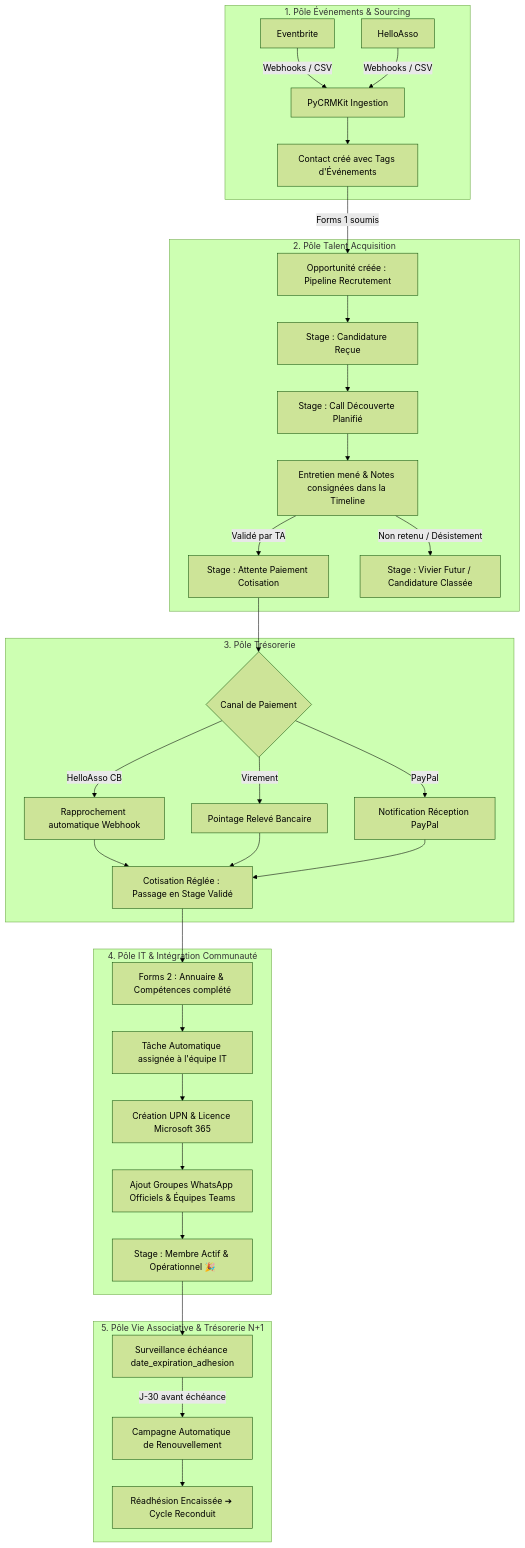
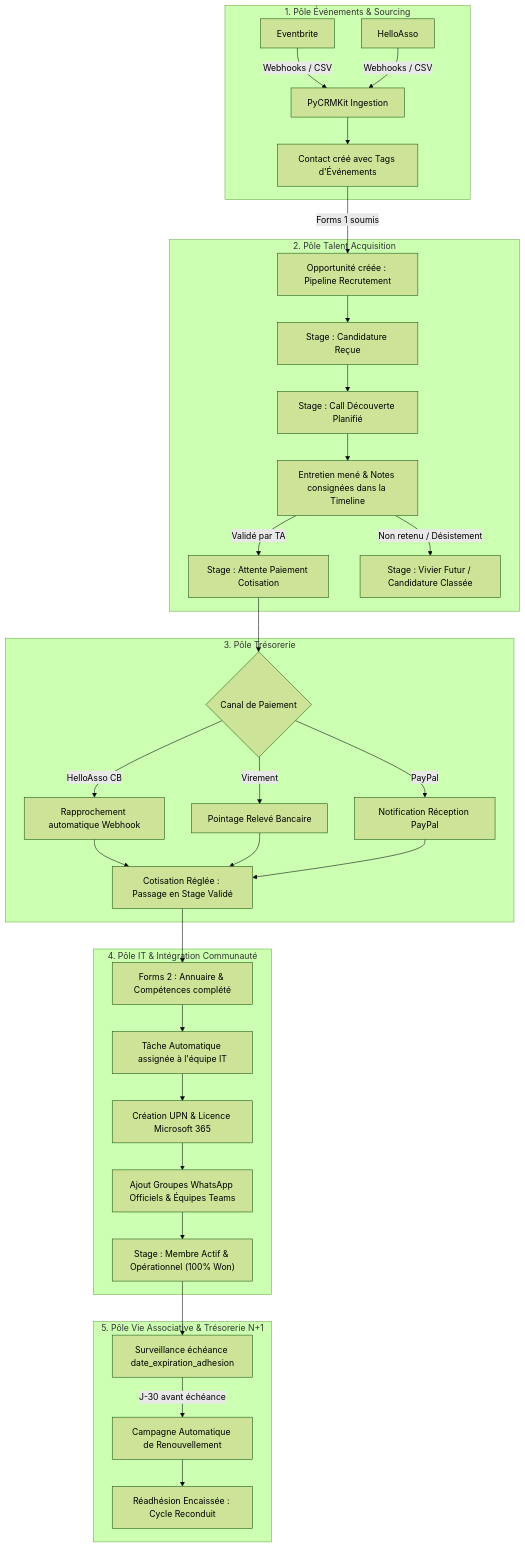
One commit to tawounfouet/pycrmkit changed the diagram in docs/analysis/association-member-lifecycle-and-onboarding.md. Above: the diagram before and after it, drawn with Mermaid (forest theme). The commit also changed 33 other files, not shown here.

Commit message:
fix(docs): standardize relative markdown links, fix mermaid syntax and add ascii schemas

````diff
--- a/docs/analysis/association-member-lifecycle-and-onboarding.md
+++ b/docs/analysis/association-member-lifecycle-and-onboarding.md
@@ -72,41 +72,41 @@
 ```mermaid
 flowchart TD
     subgraph Sourcing ["1. Pôle Événements & Sourcing"]
-        EB[Eventbrite] -->|Webhooks / CSV| Sync[PyCRMKit Ingestion]
-        HA[HelloAsso] -->|Webhooks / CSV| Sync
-        Sync --> Cont[Contact créé avec Tags d'Événements]
+        EB["Eventbrite"] -->|"Webhooks / CSV"| Sync["PyCRMKit Ingestion"]
+        HA["HelloAsso"] -->|"Webhooks / CSV"| Sync
+        Sync --> Cont["Contact créé avec Tags d'Événements"]
     end
 
     subgraph TA ["2. Pôle Talent Acquisition"]
-        Cont -->|Forms 1 soumis| Opp[Opportunité créée : Pipeline Recrutement]
-        Opp --> Stage1[Stage : Candidature Reçue]
-        Stage1 --> Stage2[Stage : Call Découverte Planifié]
-        Stage2 --> Eval[Entretien mené & Notes consignées dans la Timeline]
-        Eval -->|Validé par TA| Stage3[Stage : Attente Paiement Cotisation]
-        Eval -->|Non retenu / Désistement| Lost[Stage : Vivier Futur / Candidature Classée]
+        Cont -->|"Forms 1 soumis"| Opp["Opportunité créée : Pipeline Recrutement"]
+        Opp --> Stage1["Stage : Candidature Reçue"]
+        Stage1 --> Stage2["Stage : Call Découverte Planifié"]
+        Stage2 --> Eval["Entretien mené & Notes consignées dans la Timeline"]
+        Eval -->|"Validé par TA"| Stage3["Stage : Attente Paiement Cotisation"]
+        Eval -->|"Non retenu / Désistement"| Lost["Stage : Vivier Futur / Candidature Classée"]
     end
 
     subgraph Treso ["3. Pôle Trésorerie"]
-        Stage3 --> PayChoice{Canal de Paiement}
-        PayChoice -->|HelloAsso CB| PayHook[Rapprochement automatique Webhook]
-        PayChoice -->|Virement| BankCheck[Pointage Relevé Bancaire]
-        PayChoice -->|PayPal| PPCheck[Notification Réception PayPal]
-        PayHook --> Paid[Cotisation Réglée : Passage en Stage Validé]
+        Stage3 --> PayChoice{"Canal de Paiement"}
+        PayChoice -->|"HelloAsso CB"| PayHook["Rapprochement automatique Webhook"]
+        PayChoice -->|"Virement"| BankCheck["Pointage Relevé Bancaire"]
+        PayChoice -->|"PayPal"| PPCheck["Notification Réception PayPal"]
+        PayHook --> Paid["Cotisation Réglée : Passage en Stage Validé"]
         BankCheck --> Paid
         PPCheck --> Paid
     end
 
     subgraph IT_Comm ["4. Pôle IT & Intégration Communauté"]
-        Paid --> Forms2[Forms 2 : Annuaire & Compétences complété]
-        Forms2 --> ITTask[Tâche Automatique assignée à l'équipe IT]
-        ITTask --> M365[Création UPN & Licence Microsoft 365]
-        M365 --> Comm[Ajout Groupes WhatsApp Officiels & Équipes Teams]
-        Comm --> Active[Stage : Membre Actif & Opérationnel 🎉]
+        Paid --> Forms2["Forms 2 : Annuaire & Compétences complété"]
+        Forms2 --> ITTask["Tâche Automatique assignée à l'équipe IT"]
+        ITTask --> M365["Création UPN & Licence Microsoft 365"]
+        M365 --> Comm["Ajout Groupes WhatsApp Officiels & Équipes Teams"]
+        Comm --> Active["Stage : Membre Actif & Opérationnel (100% Won)"]
     end
 
     subgraph Retention ["5. Pôle Vie Associative & Trésorerie N+1"]
-        Active --> Timer[Surveillance échéance date_expiration_adhesion]
-        Timer -->|J-30 avant échéance| RenewCamp[Campagne Automatique de Renouvellement]
-        RenewCamp --> Renewed[Réadhésion Encaissée ➔ Cycle Reconduit]
+        Active --> Timer["Surveillance échéance date_expiration_adhesion"]
+        Timer -->|"J-30 avant échéance"| RenewCamp["Campagne Automatique de Renouvellement"]
+        RenewCamp --> Renewed["Réadhésion Encaissée : Cycle Reconduit"]
     end
 ```
````
